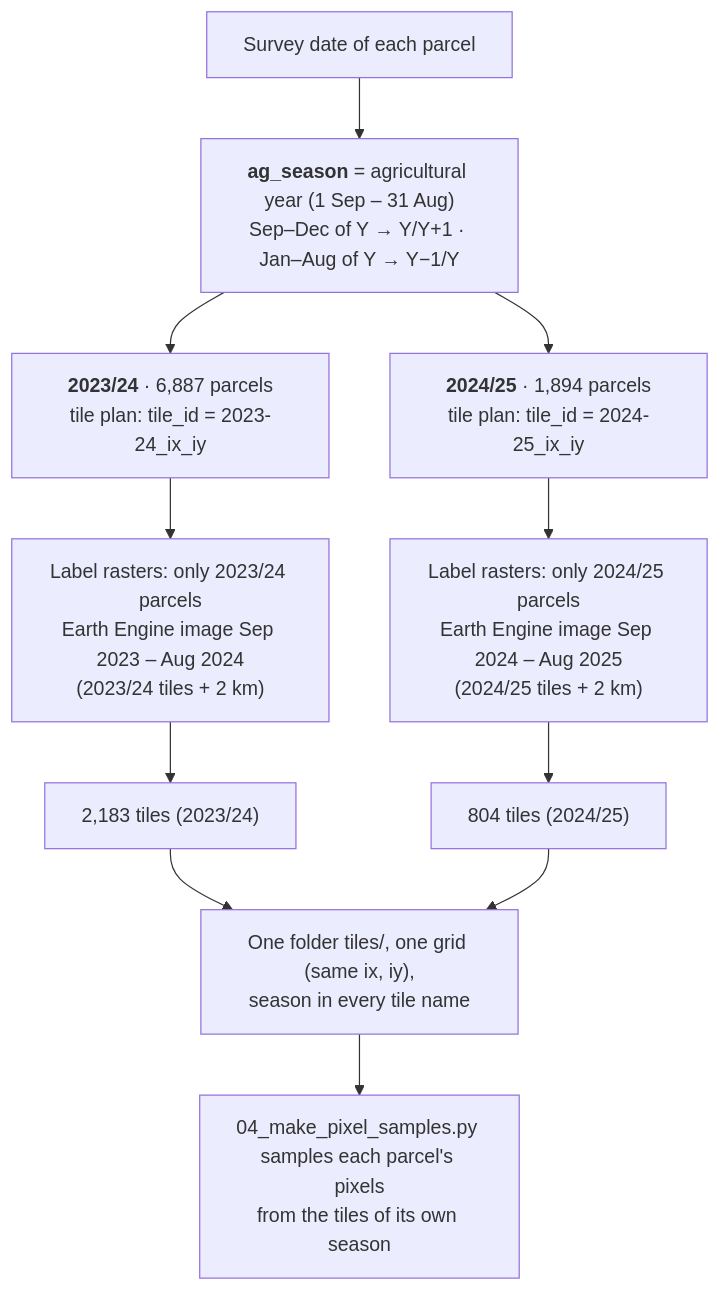
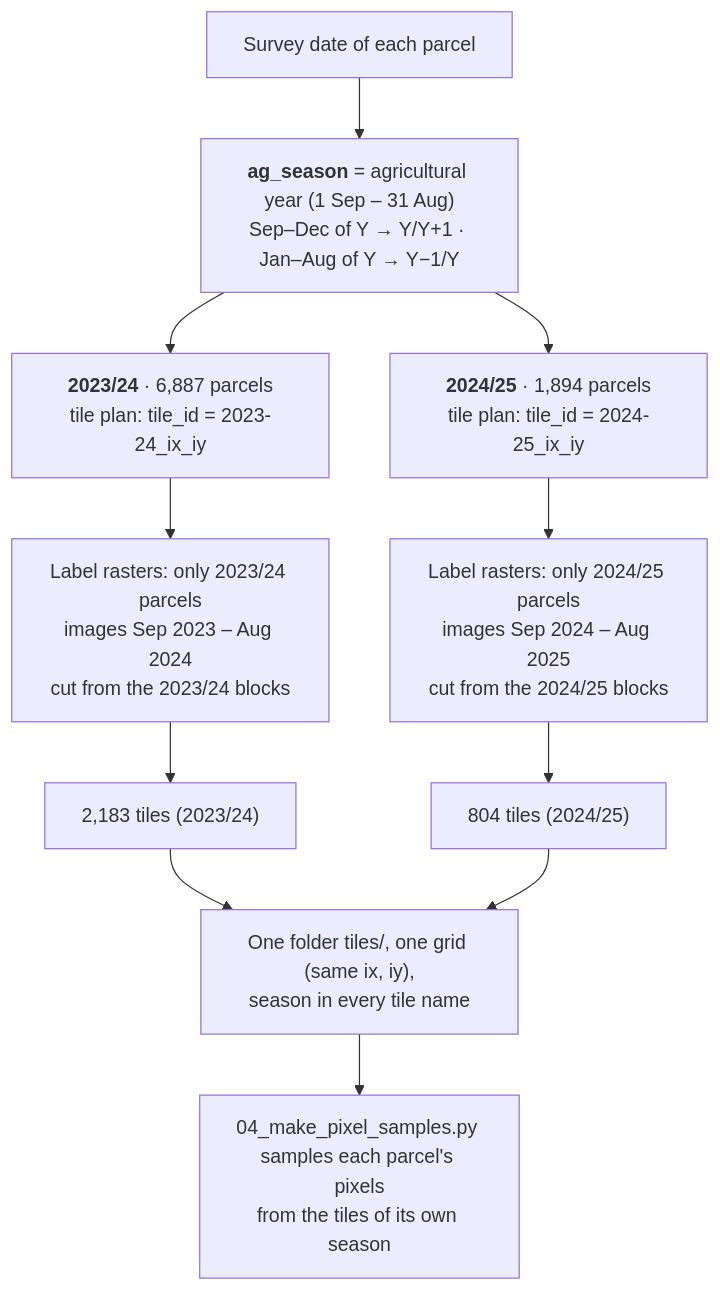
Before and after one commit to amanchry/irrimapping-geofm: the fifth of 10 diagrams in docs/phase1_data/morocco.md, drawn with Mermaid. The commit also changed other lines of this file and 129 other files, not shown here.

````diff
--- a/docs/phase1_data/morocco.md
+++ b/docs/phase1_data/morocco.md
@@ -333,13 +340,13 @@
 ```mermaid
 flowchart TD
     A["Survey date of each parcel"] --> B["<b>ag_season</b> = agricultural year (1 Sep – 31 Aug)<br/>Sep–Dec of Y → Y/Y+1 · Jan–Aug of Y → Y−1/Y"]
     B --> P1["<b>2023/24</b> · 6,887 parcels<br/>tile plan: tile_id = 2023-24_ix_iy"]
     B --> P2["<b>2024/25</b> · 1,894 parcels<br/>tile plan: tile_id = 2024-25_ix_iy"]
-    P1 --> X1["Label rasters: only 2023/24 parcels<br/>Earth Engine image Sep 2023 – Aug 2024<br/>(2023/24 tiles + 2 km)"]
-    P2 --> X2["Label rasters: only 2024/25 parcels<br/>Earth Engine image Sep 2024 – Aug 2025<br/>(2024/25 tiles + 2 km)"]
+    P1 --> X1["Label rasters: only 2023/24 parcels<br/>images Sep 2023 – Aug 2024<br/>cut from the 2023/24 blocks"]
+    P2 --> X2["Label rasters: only 2024/25 parcels<br/>images Sep 2024 – Aug 2025<br/>cut from the 2024/25 blocks"]
     X1 --> T1["2,183 tiles (2023/24)"]
     X2 --> T2["804 tiles (2024/25)"]
     T1 --> S["One folder tiles/, one grid (same ix, iy),<br/>season in every tile name"]
     T2 --> S
     S --> V["04_make_pixel_samples.py samples each parcel's pixels<br/>from the tiles of its own season"]
 ```
````
